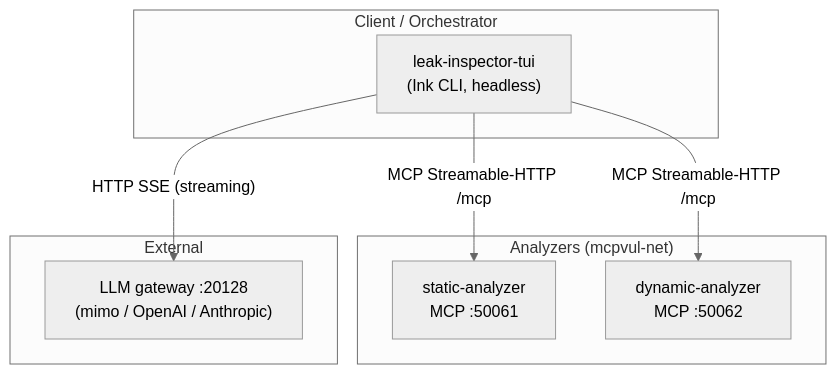
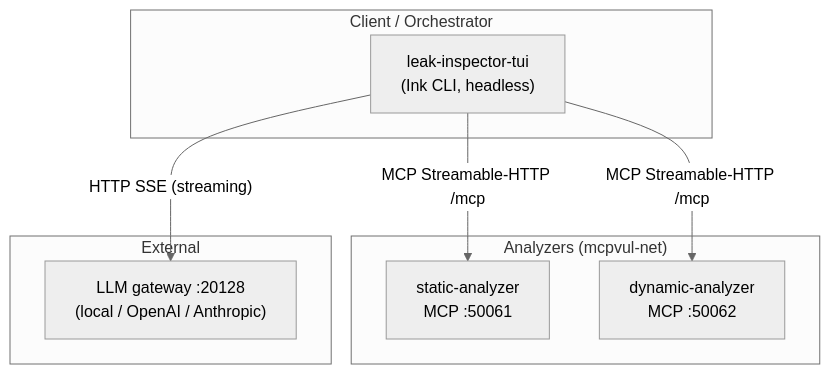
The first of 3 diagrams in docs/ARCHITECTURE.md (ledunguit/cleak), drawn with Mermaid (neutral theme) before and after one commit. The commit also changed other lines of this file and 8 other files, not shown here.

````diff
--- a/docs/ARCHITECTURE.md
+++ b/docs/ARCHITECTURE.md
@@ -61,19 +61,19 @@
 ```mermaid
 flowchart TB
     subgraph Client["Client / Orchestrator"]
         TUI["leak-inspector-tui<br/>(Ink CLI, headless)"]
     end
 
     subgraph Analyzers["Analyzers (mcpvul-net)"]
         SA["static-analyzer<br/>MCP :50061"]
         DA["dynamic-analyzer<br/>MCP :50062"]
     end
 
     subgraph External["External"]
-        LLM["LLM gateway :20128<br/>(mimo / OpenAI / Anthropic)"]
+        LLM["LLM gateway :20128<br/>(local / OpenAI / Anthropic)"]
     end
 
     TUI -- "MCP Streamable-HTTP /mcp" --> SA
     TUI -- "MCP Streamable-HTTP /mcp" --> DA
     TUI -- "HTTP SSE (streaming)" --> LLM
 ```
````
